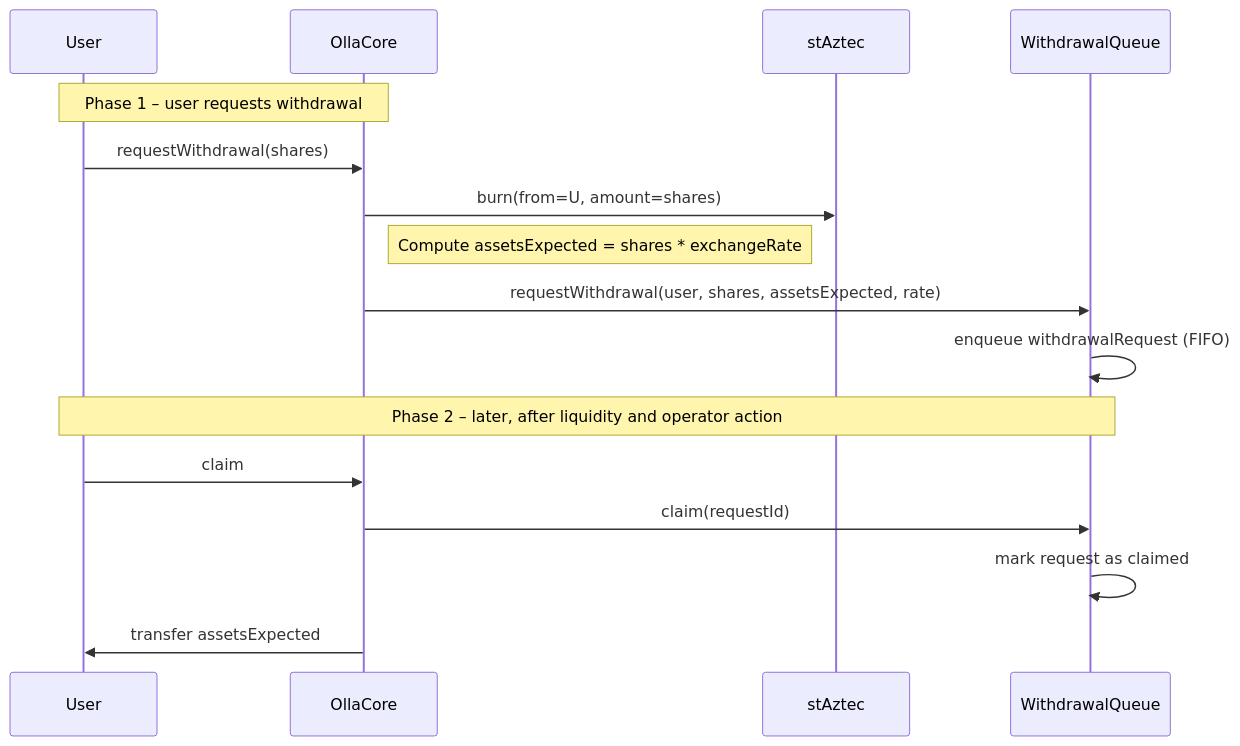
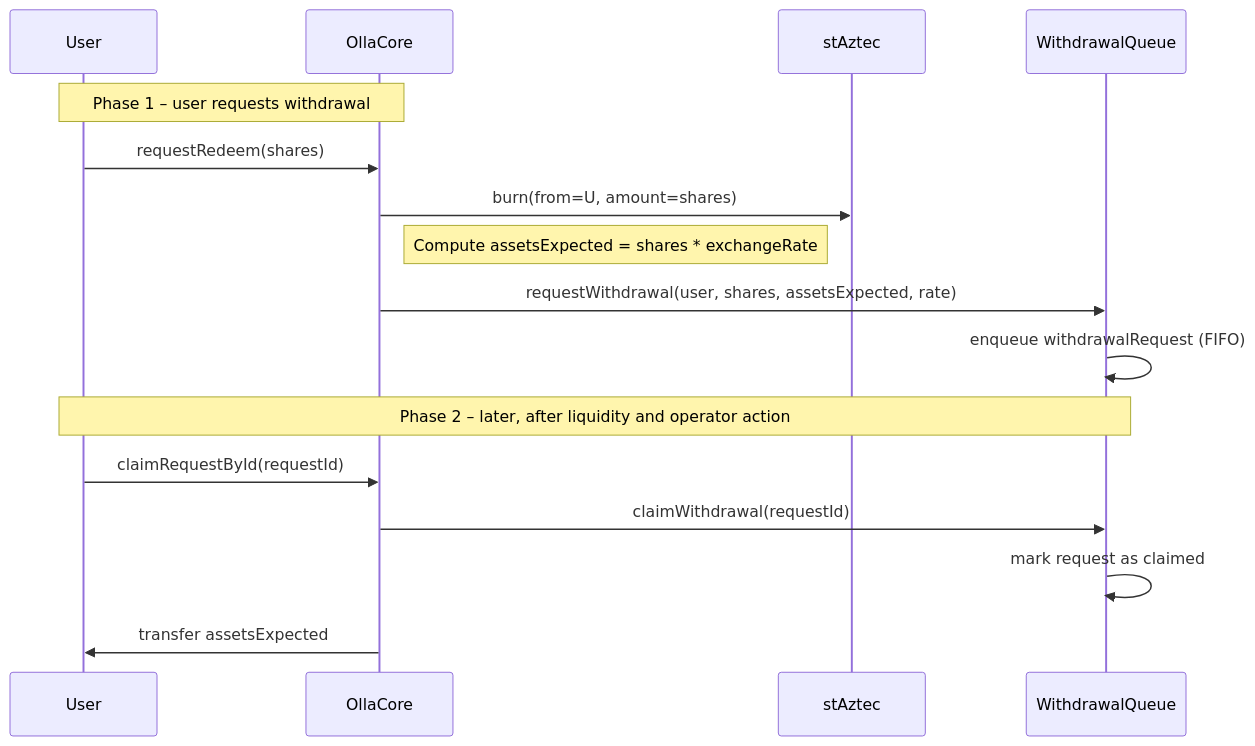
One commit to ollafinance/core changed the third of 7 diagrams in research/technical/architecture/flows.md. Above: the diagram before and after it, drawn with Mermaid. The commit also changed other lines of this file and 5 other files, not shown here.

Commit message:
bring architecture docs in line with current implementation

````diff
--- a/research/technical/architecture/flows.md
+++ b/research/technical/architecture/flows.md
@@ -107,22 +107,22 @@
 ```mermaid
 sequenceDiagram
     participant U as User
     participant C as OllaCore
     participant ST as stAztec
     participant WQ as WithdrawalQueue
 
     Note over U,C: Phase 1 – user requests withdrawal
 
-    U->>C: requestWithdrawal(shares)
+    U->>C: requestRedeem(shares)
     C->>ST: burn(from=U, amount=shares)
     Note right of C: Compute assetsExpected = shares * exchangeRate
     C->>WQ: requestWithdrawal(user, shares, assetsExpected, rate)
     WQ->>WQ: enqueue withdrawalRequest (FIFO)
 
     Note over U,WQ: Phase 2 – later, after liquidity and operator action
 
-    U->>C: claim
-    C->>WQ: claim(requestId)
+    U->>C: claimRequestById(requestId)
+    C->>WQ: claimWithdrawal(requestId)
     WQ->>WQ: mark request as claimed
     C->>U: transfer assetsExpected
 ```
````
